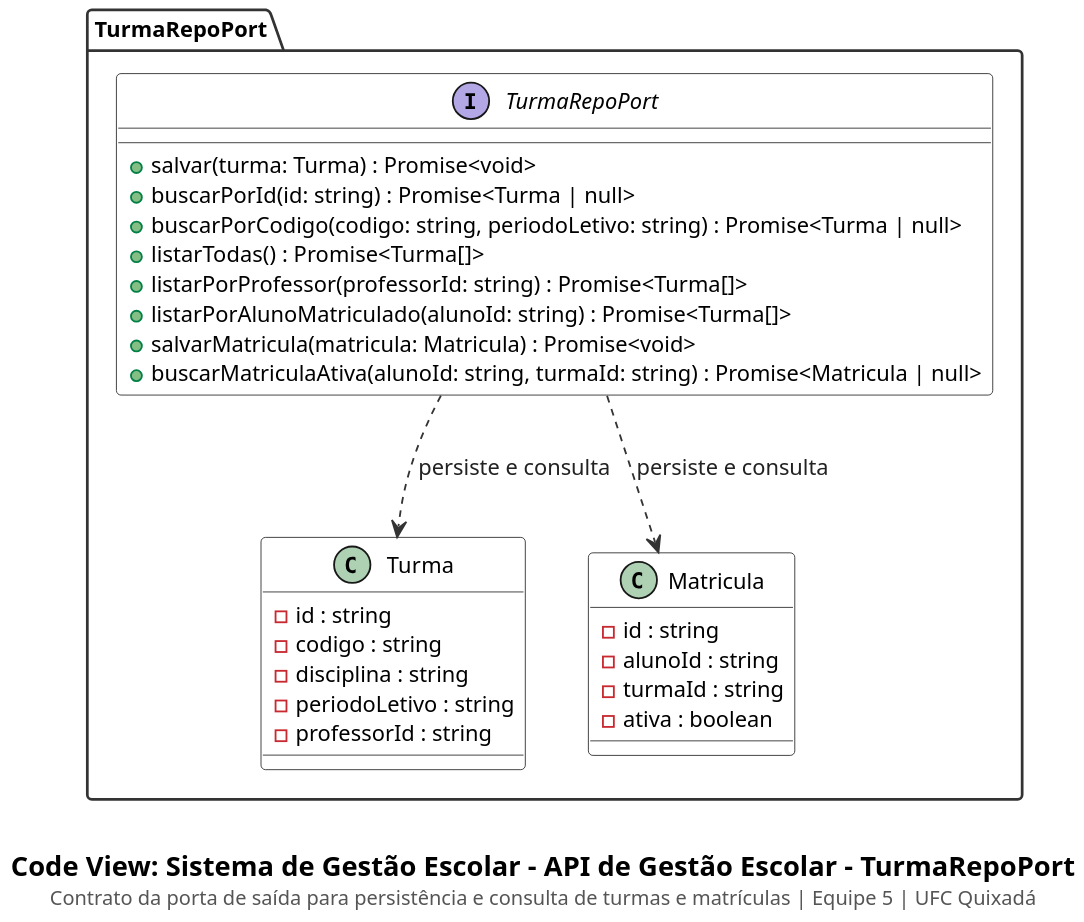
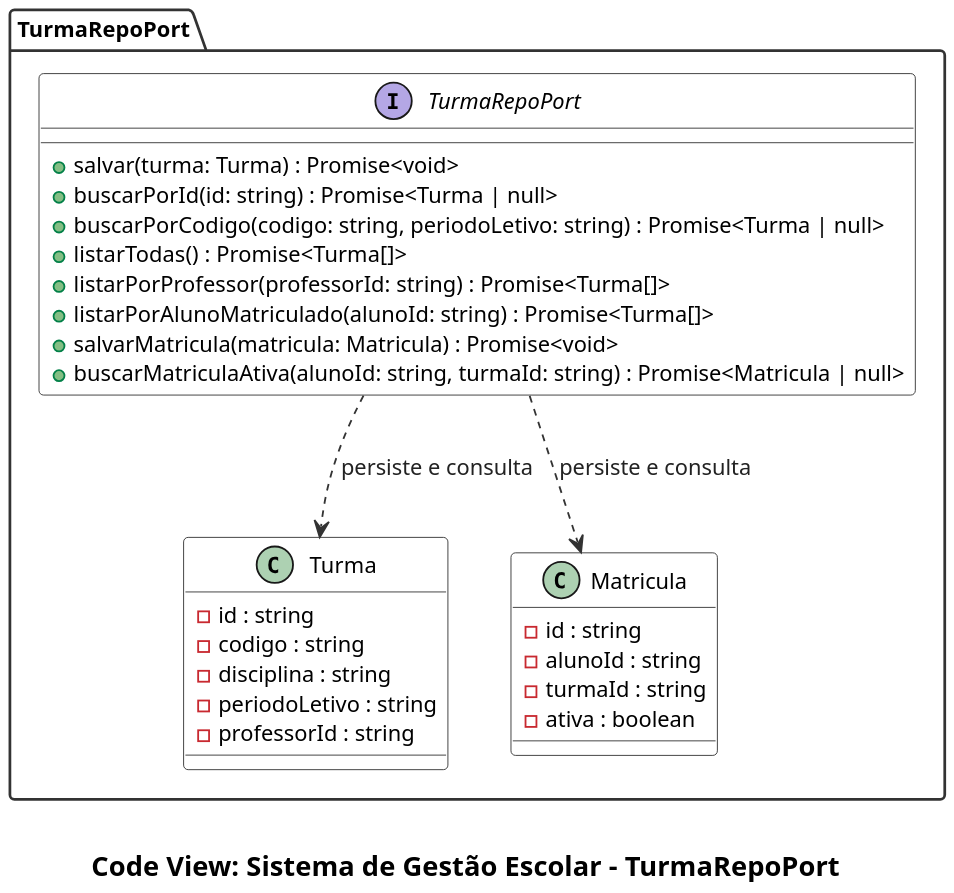
Before and after one commit to cicerocarnauba/sistema-gestao-escolar: the diagram in docs/code/turma-repo-port.puml, drawn with PlantUML. The commit also changed 16 other files, not shown here.

Commit message:
docs: limpa legendas/timestamp dos diagramas C4 e atualiza README

```diff
--- a/docs/code/turma-repo-port.puml
+++ b/docs/code/turma-repo-port.puml
@@ -1,53 +1,53 @@
 @startuml
 set separator none
 top to bottom direction
 skinparam backgroundColor #FFFFFF
 skinparam shadowing false
 skinparam dpi 180
 skinparam defaultFontName "SansSerif"
 skinparam defaultFontSize 12
 skinparam packageStyle folder
 skinparam packageBackgroundColor #FFFFFF
 skinparam packageBorderColor #333333
 skinparam packageFontStyle bold
 skinparam classBackgroundColor #FFFFFF
 skinparam classHeaderBackgroundColor #FFFFFF
 skinparam classBorderColor #333333
 skinparam arrowColor #333333
 skinparam arrowFontColor #222222
 skinparam noteBackgroundColor #FAFAFA
 skinparam noteBorderColor #666666
 
 package "TurmaRepoPort" as pkg_turma_repo_port {
     interface TurmaRepoPort {
         + salvar(turma: Turma) : Promise<void>
         + buscarPorId(id: string) : Promise<Turma | null>
         + buscarPorCodigo(codigo: string, periodoLetivo: string) : Promise<Turma | null>
         + listarTodas() : Promise<Turma[]>
         + listarPorProfessor(professorId: string) : Promise<Turma[]>
         + listarPorAlunoMatriculado(alunoId: string) : Promise<Turma[]>
         + salvarMatricula(matricula: Matricula) : Promise<void>
         + buscarMatriculaAtiva(alunoId: string, turmaId: string) : Promise<Matricula | null>
     }
 
     class Turma {
         - id : string
         - codigo : string
         - disciplina : string
         - periodoLetivo : string
         - professorId : string
     }
 
     class Matricula {
         - id : string
         - alunoId : string
         - turmaId : string
         - ativa : boolean
     }
 
     TurmaRepoPort ..> Turma : persiste e consulta
     TurmaRepoPort ..> Matricula : persiste e consulta
 }
 
-caption \n<size:15><b>Code View: Sistema de Gestão Escolar - API de Gestão Escolar - TurmaRepoPort</b></size>\n<size:11><color:#555555>Contrato da porta de saída para persistência e consulta de turmas e matrículas | Equipe 5 | UFC Quixadá</color></size>
+caption \n<size:15><b>Code View: Sistema de Gestão Escolar - TurmaRepoPort</b></size>
 @enduml
```
